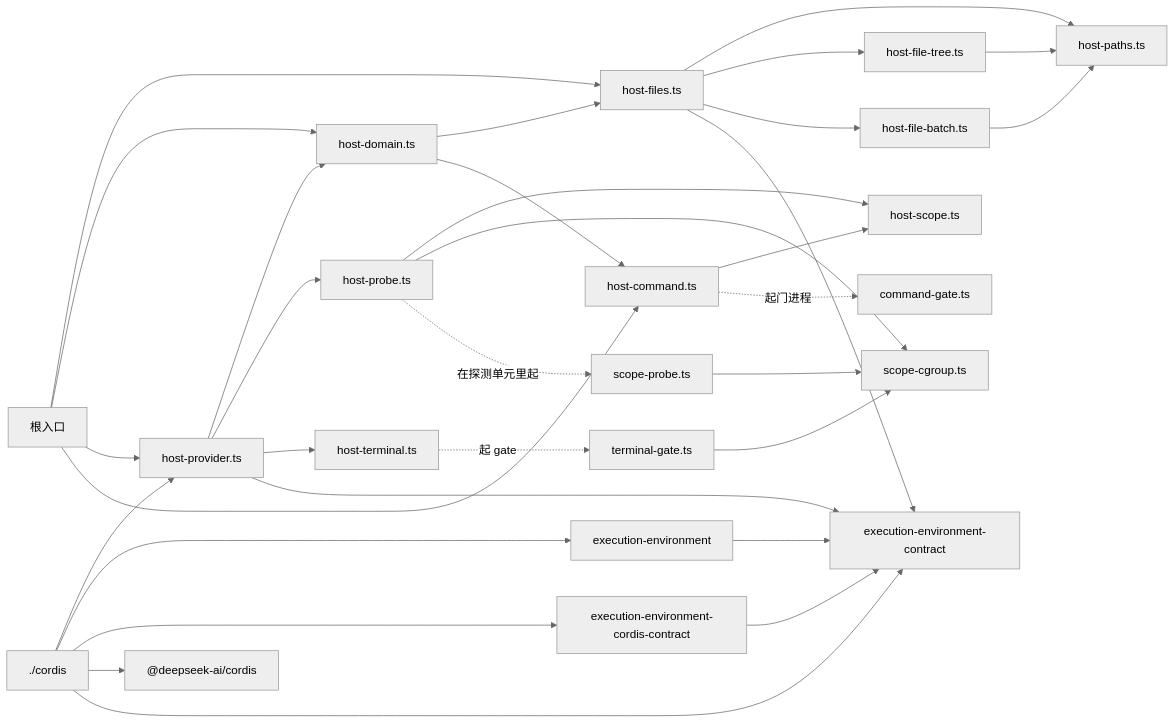
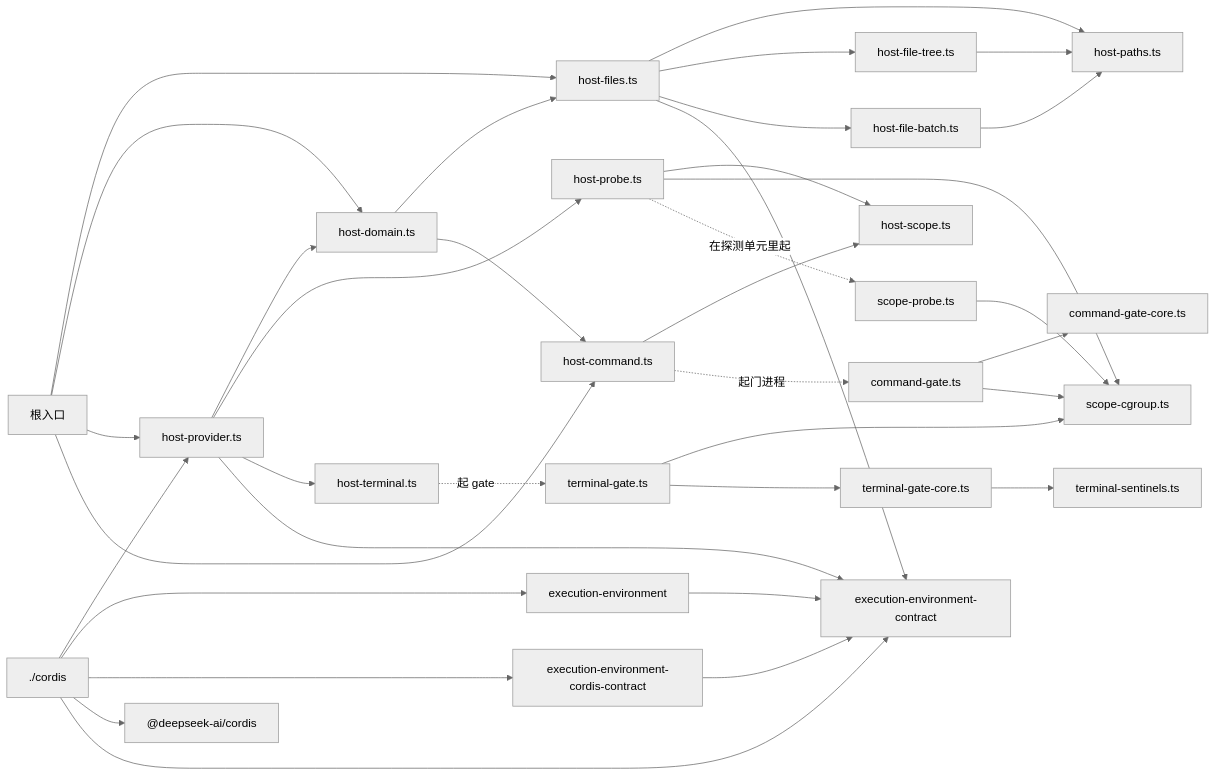
One commit to nemori-ai/omne-harness-lite changed the first of 2 diagrams in packages/execution/execution-environment-host-local/docs/architecture.md. Above: the diagram before and after it, drawn with Mermaid (neutral theme). The commit also changed other lines of this file and 9 other files, not shown here.

````diff
--- a/packages/execution/execution-environment-host-local/docs/architecture.md
+++ b/packages/execution/execution-environment-host-local/docs/architecture.md
@@ -38,34 +39,38 @@
 ```mermaid
 flowchart LR
   Root[根入口] --> Files[host-files.ts]
   Files --> Paths[host-paths.ts]
   Files --> Tree[host-file-tree.ts]
   Files --> Batch[host-file-batch.ts]
   Tree --> Paths
   Batch --> Paths
   Root --> Domain[host-domain.ts]
   Root --> Provider[host-provider.ts]
   Domain --> Files
   Provider --> Domain
   Root --> Command[host-command.ts]
   Domain --> Command
   Provider --> Probe[host-probe.ts]
   Command --> Scope[host-scope.ts]
   Probe --> Scope
   Command -. 起门进程 .-> Gate[command-gate.ts]
+  Gate --> GateCore[command-gate-core.ts]
+  Gate --> Cgroup
   Probe --> Cgroup[scope-cgroup.ts]
   Probe -. 在探测单元里起 .-> ScopeProbe[scope-probe.ts]
   ScopeProbe --> Cgroup
   Provider --> Terminal[host-terminal.ts]
   Terminal -. 起 gate .-> TerminalGate[terminal-gate.ts]
   TerminalGate --> Cgroup
+  TerminalGate --> TerminalGateCore[terminal-gate-core.ts]
+  TerminalGateCore --> Sentinels[terminal-sentinels.ts]
   Cordis[./cordis] --> Provider
   Cordis --> EE[execution-environment]
   Cordis --> EECC[execution-environment-cordis-contract]
   Cordis --> Lib["@deepseek-ai/cordis"]
   Files --> EEC[execution-environment-contract]
   Provider --> EEC
   Cordis --> EEC
   EECC --> EEC
   EE --> EEC
 ```
````
